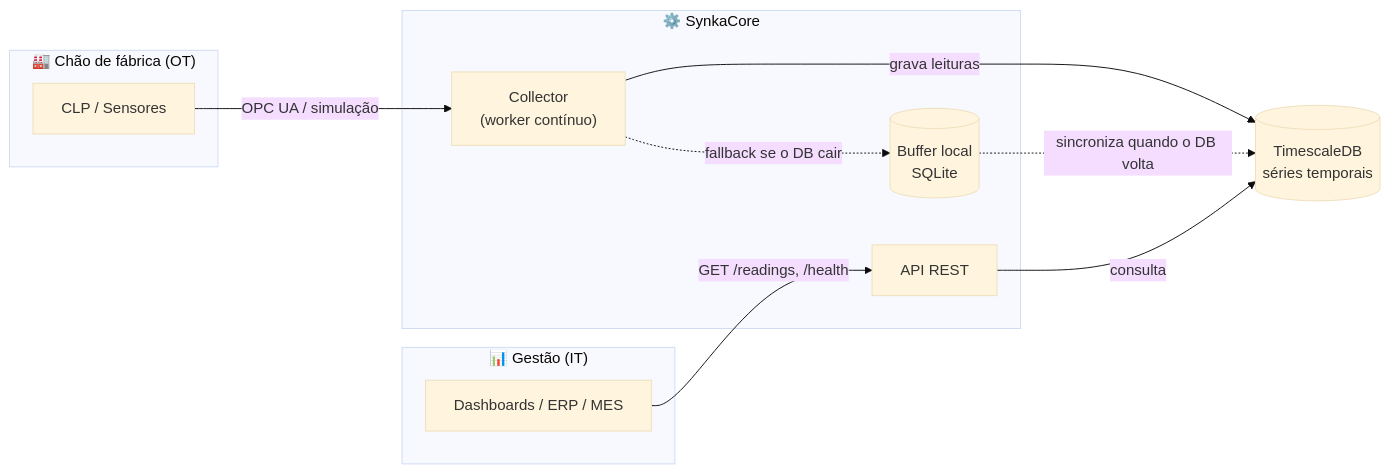
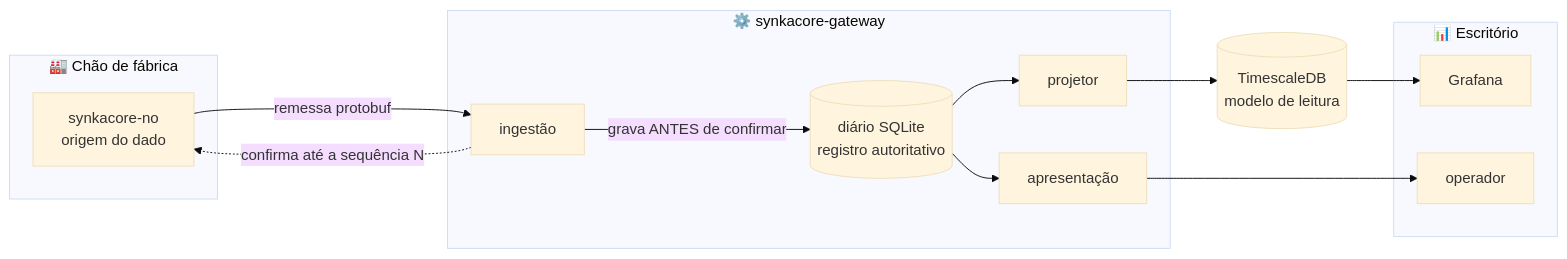
Before and after one commit to ViktorWalde/SynkaCore: the first of 2 diagrams in README.md, drawn with Mermaid (base theme). The commit also changed other lines of this file and 124 other files, not shown here.

First line of the commit message:
SynkaCore V2.0 — reescrita completa em Go, com contrato de fio e durabilidade estrutural

````diff
--- a/README.md
+++ b/README.md
@@ -20,22 +23,25 @@
 ```mermaid
 flowchart LR
-    subgraph OT["🏭 Chão de fábrica (OT)"]
-        CLP["CLP / Sensores"]
+    subgraph OT["🏭 Chão de fábrica"]
+        NO["synkacore-no<br/>origem do dado"]
     end
-    subgraph SC["⚙️ SynkaCore"]
-        COL["Collector<br/>(worker contínuo)"]
-        BUF[("Buffer local<br/>SQLite")]
-        API["API REST"]
+    subgraph GW["⚙️ synkacore-gateway"]
+        ING["ingestão"]
+        DIA[("diário SQLite<br/>registro autoritativo")]
+        PRO["projetor"]
+        APR["apresentação"]
     end
-    DB[("TimescaleDB<br/>séries temporais")]
-    subgraph IT["📊 Gestão (IT)"]
-        CONS["Dashboards / ERP / MES"]
+    subgraph IT["📊 Escritório"]
+        GRA["Grafana"]
+        OPE["operador"]
     end
+    TS[("TimescaleDB<br/>modelo de leitura")]
 
-    CLP -->|"OPC UA / simulação"| COL
-    COL -->|"grava leituras"| DB
-    COL -.->|"fallback se o DB cair"| BUF
-    BUF -.->|"sincroniza quando o DB volta"| DB
-    API -->|"consulta"| DB
-    CONS -->|"GET /readings, /health"| API
+    NO -->|"remessa protobuf"| ING
+    ING -->|"grava ANTES de confirmar"| DIA
+    ING -.->|"confirma até a sequência N"| NO
+    DIA --> PRO --> TS
+    TS --> GRA
+    APR --> OPE
+    DIA --> APR
 ```
````
